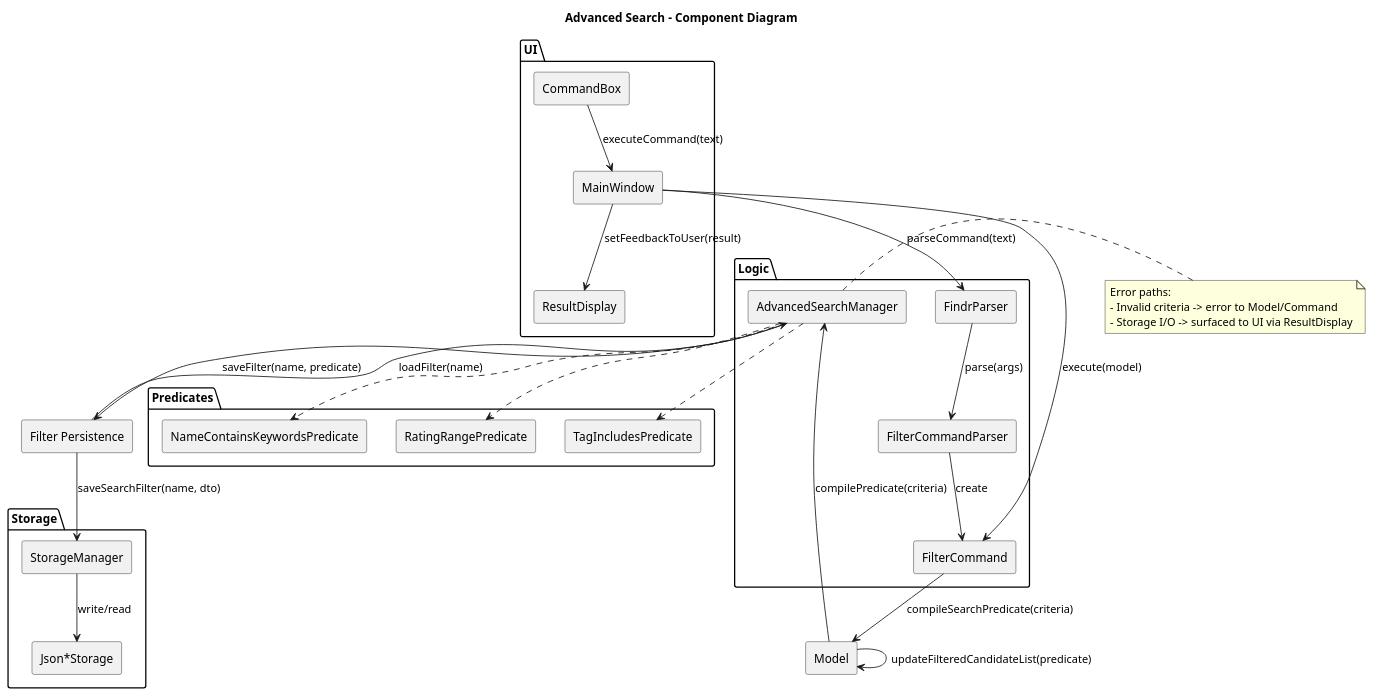
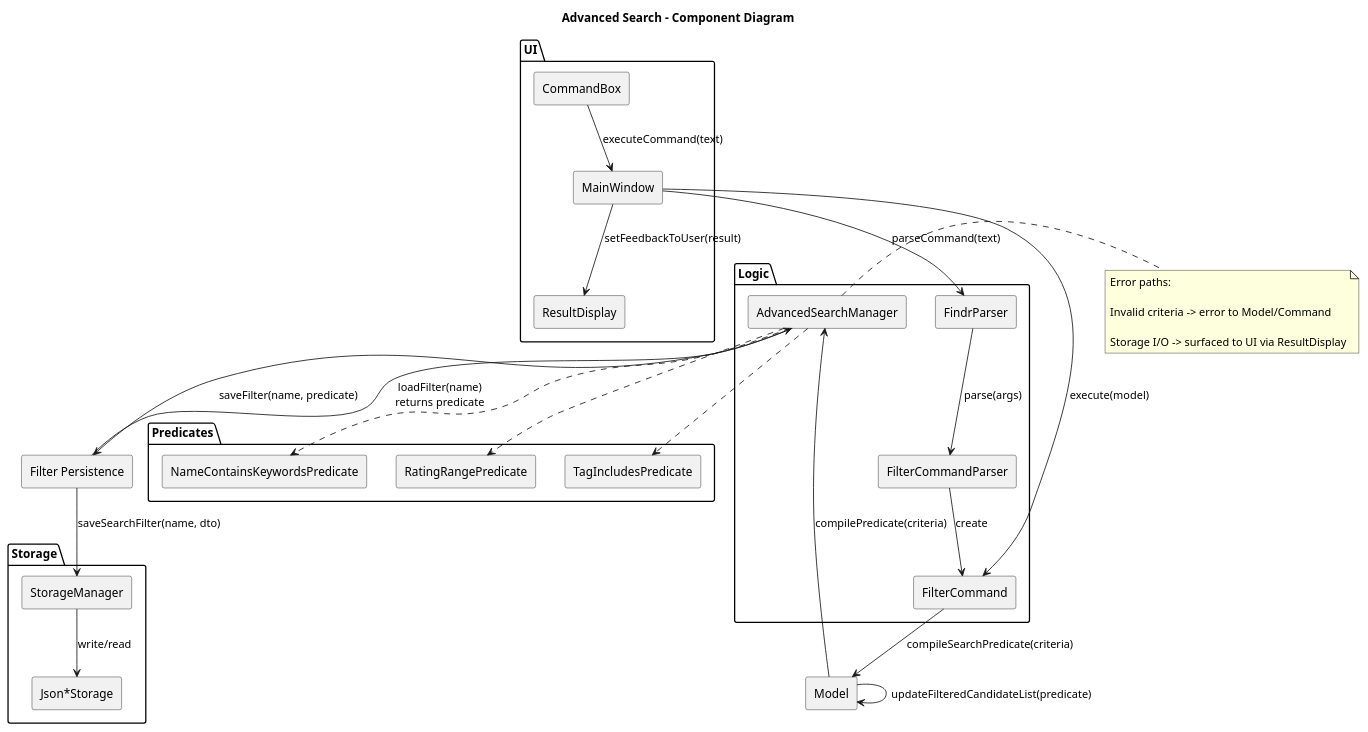
One commit to julius-gwee/tp changed the diagram in docs/diagrams/SearchComponents.puml. Above: the diagram before and after it, drawn with PlantUML. The commit also changed 1 other file, not shown here.

Commit message:
Update search components UML diagram

```diff
--- a/docs/diagrams/SearchComponents.puml
+++ b/docs/diagrams/SearchComponents.puml
@@ -1,56 +1,58 @@
 @startuml SearchComponents
 title Advanced Search - Component Diagram
 
 skinparam componentStyle rectangle
 
 package UI {
-  [MainWindow]
-  [CommandBox]
-  [ResultDisplay]
+[MainWindow]
+[CommandBox]
+[ResultDisplay]
 }
 
 package Logic {
-  [FindrParser]
-  [FilterCommandParser]
-  [FilterCommand]
-  [AdvancedSearchManager]
+[FindrParser]
+[FilterCommandParser]
+[FilterCommand]
+[AdvancedSearchManager]
 }
 
 package Storage {
-  [StorageManager]
-  [Json*Storage]
+[StorageManager]
+[Json*Storage]
 }
 
 package Predicates {
-  [NameContainsKeywordsPredicate]
-  [RatingRangePredicate]
-  [TagIncludesPredicate]
+[NameContainsKeywordsPredicate]
+[RatingRangePredicate]
+[TagIncludesPredicate]
 }
 
 [CommandBox] --> [MainWindow] : executeCommand(text)
 [MainWindow] --> [FindrParser] : parseCommand(text)
 [FindrParser] --> [FilterCommandParser] : parse(args)
 [FilterCommandParser] --> [FilterCommand] : create
 [MainWindow] --> [FilterCommand] : execute(model)
 
 [FilterCommand] --> [Model] : compileSearchPredicate(criteria)
 [Model] --> [AdvancedSearchManager] : compilePredicate(criteria)
 [AdvancedSearchManager] ..> [NameContainsKeywordsPredicate]
 [AdvancedSearchManager] ..> [RatingRangePredicate]
 [AdvancedSearchManager] ..> [TagIncludesPredicate]
 [Model] --> [Model] : updateFilteredCandidateList(predicate)
 [MainWindow] --> [ResultDisplay] : setFeedbackToUser(result)
 
 component "Filter Persistence" as FP
 [AdvancedSearchManager] --> FP : saveFilter(name, predicate)
 FP --> [StorageManager] : saveSearchFilter(name, dto)
 [StorageManager] --> [Json*Storage] : write/read
-[AdvancedSearchManager] <-- FP : loadFilter(name)
+[AdvancedSearchManager] <-- FP : loadFilter(name)\nreturns predicate
 
 note right of [AdvancedSearchManager]
 Error paths:
-- Invalid criteria -> error to Model/Command
-- Storage I/O -> surfaced to UI via ResultDisplay
+
+Invalid criteria -> error to Model/Command
+
+Storage I/O -> surfaced to UI via ResultDisplay
 end note
 
 @enduml
```
